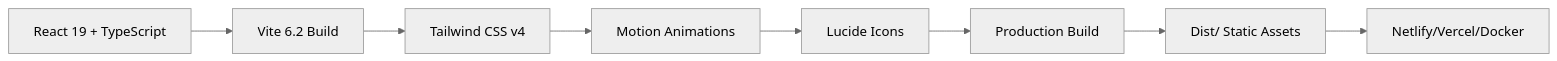
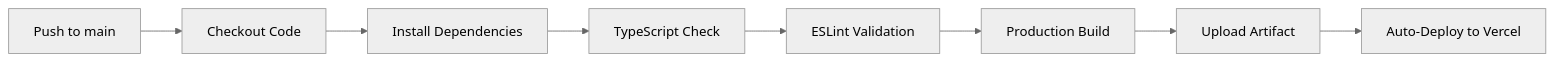
Before and after one commit to mohdali-dev/cinematic-documentary-portfolio: the diagram in README.md, drawn with Mermaid (neutral theme). The commit also changed other lines of this file, not shown here.

````diff
--- a/README.md
+++ b/README.md
@@ -93,10 +461,10 @@
 ```mermaid
 graph LR
-    A[React 19 + TypeScript] --> B[Vite 6.2 Build]
-    B --> C[Tailwind CSS v4]
-    C --> D[Motion Animations]
-    D --> E[Lucide Icons]
+    A[Push to main] --> B[Checkout Code]
+    B --> C[Install Dependencies]
+    C --> D[TypeScript Check]
+    D --> E[ESLint Validation]
     E --> F[Production Build]
-    F --> G[Dist/ Static Assets]
-    G --> H[Netlify/Vercel/Docker]
+    F --> G[Upload Artifact]
+    G --> H[Auto-Deploy to Vercel]
 ```
````
